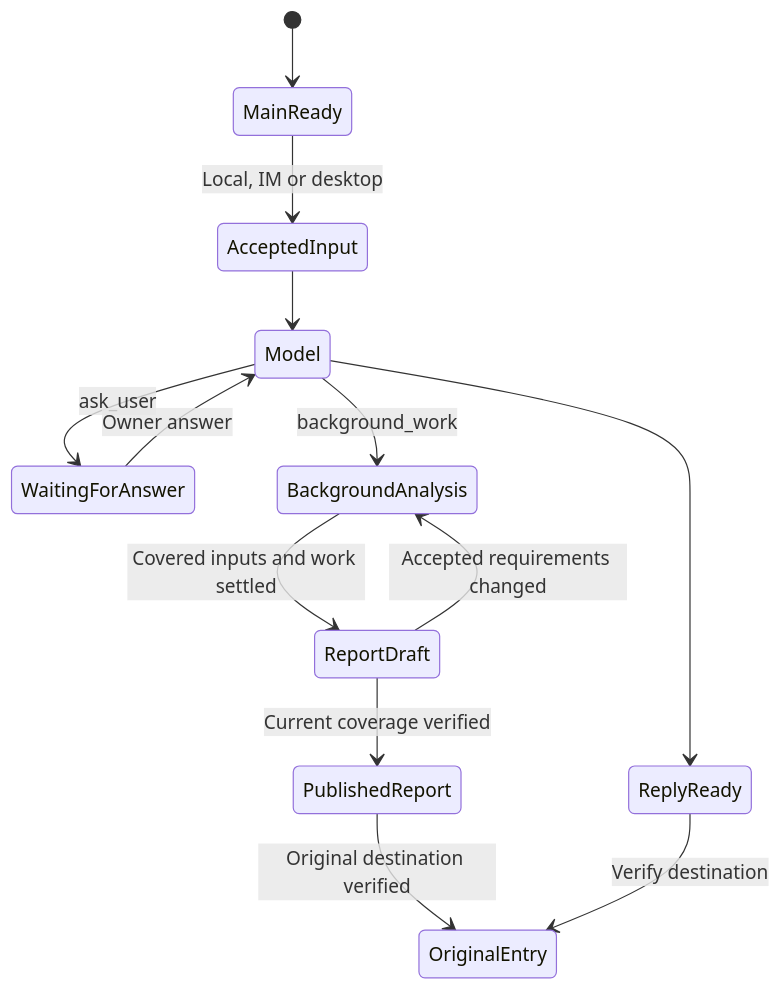
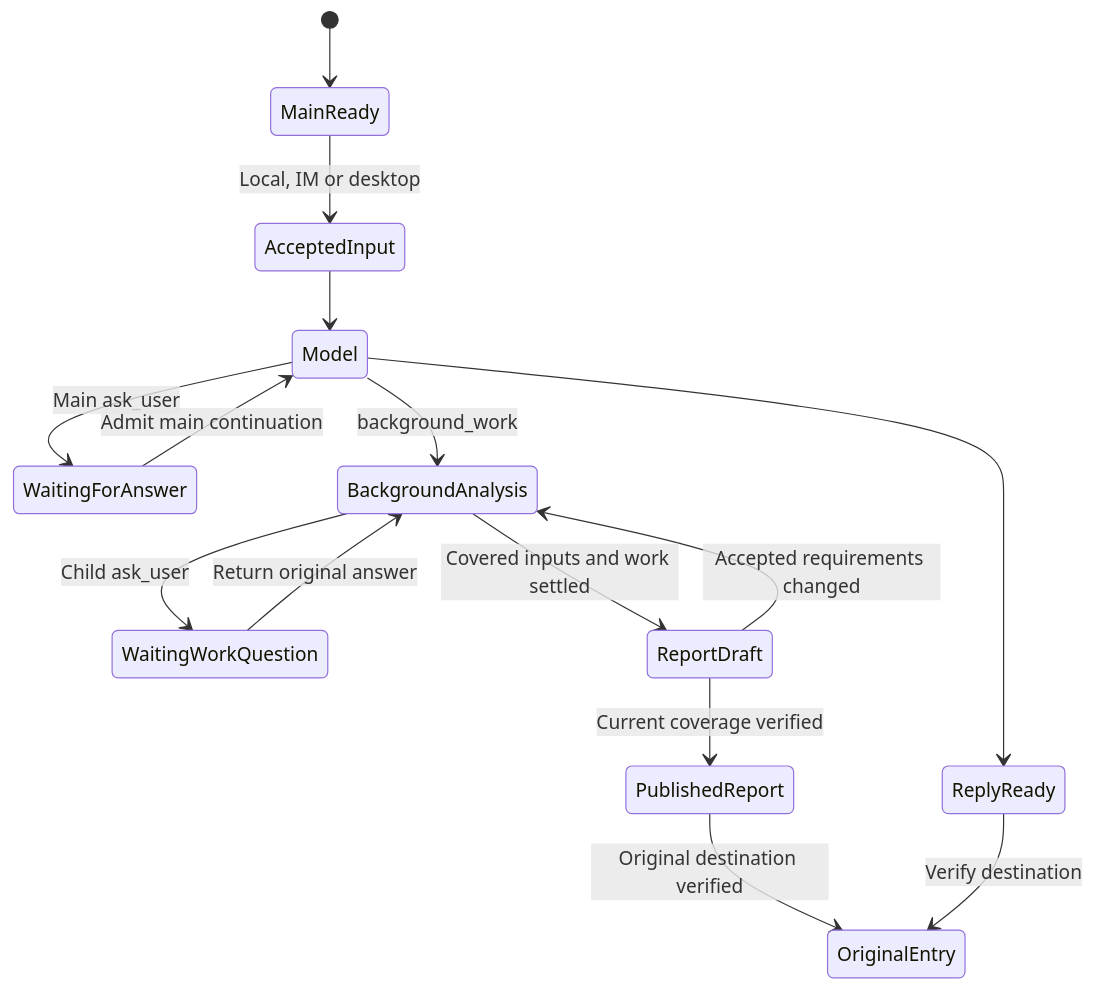
The first of 2 diagrams in docs/modules/personal-durable.md (num-lab/Ruukoto), drawn with Mermaid before and after one commit. The commit also changed other lines of this file and 57 other files, not shown here.

````diff
--- a/docs/modules/personal-durable.md
+++ b/docs/modules/personal-durable.md
@@ -35,15 +35,17 @@
 ```mermaid
 stateDiagram-v2
   [*] --> MainReady
   MainReady --> AcceptedInput: Local, IM or desktop
   AcceptedInput --> Model
-  Model --> WaitingForAnswer: ask_user
-  WaitingForAnswer --> Model: Owner answer
+  Model --> WaitingForAnswer: Main ask_user
+  WaitingForAnswer --> Model: Admit main continuation
   Model --> BackgroundAnalysis: background_work
+  BackgroundAnalysis --> WaitingWorkQuestion: Child ask_user
+  WaitingWorkQuestion --> BackgroundAnalysis: Return original answer
   BackgroundAnalysis --> ReportDraft: Covered inputs and work settled
   ReportDraft --> PublishedReport: Current coverage verified
   ReportDraft --> BackgroundAnalysis: Accepted requirements changed
   PublishedReport --> OriginalEntry: Original destination verified
   Model --> ReplyReady
   ReplyReady --> OriginalEntry: Verify destination
 ```
````
